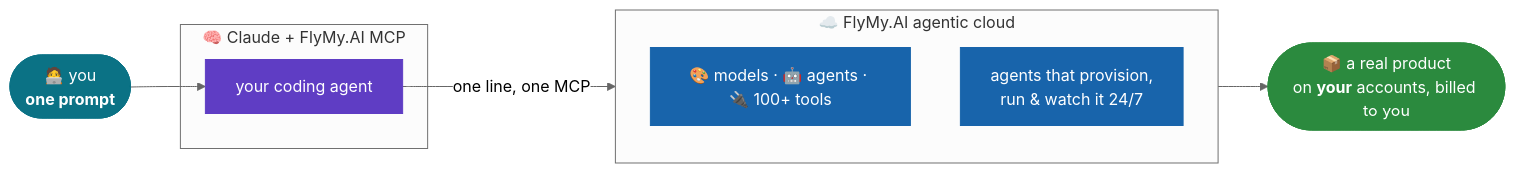
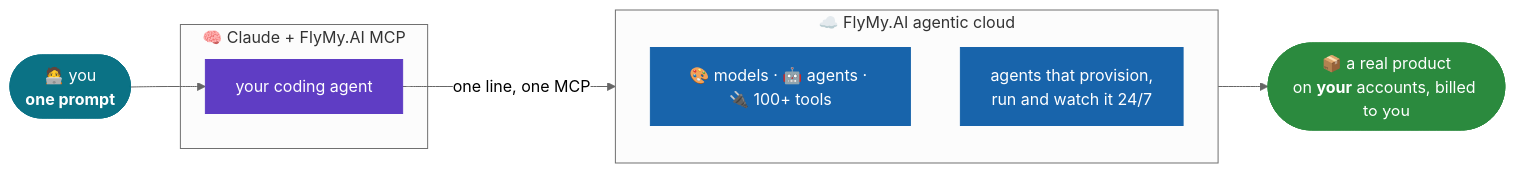
Before and after one commit to FlyMyAI/build-with-flymyai: the diagram in README.md, drawn with Mermaid (neutral theme).

Commit message:
fix mermaid: drop &amp; in cloud label

````diff
--- a/README.md
+++ b/README.md
@@ -5,20 +5,20 @@
 ```mermaid
 flowchart LR
     U(["🧑‍💻 you<br/><b>one prompt</b>"]) --> C
     subgraph BRAIN["🧠 Claude + FlyMy.AI MCP"]
         C["your coding agent"]
     end
     C -->|one line, one MCP| CLOUD
     subgraph CLOUD["☁️ FlyMy.AI agentic cloud"]
         direction TB
         M["🎨 models · 🤖 agents · 🔌 100+ tools"]
-        A["agents that provision,<br/>run &amp; watch it 24/7"]
+        A["agents that provision,<br/>run and watch it 24/7"]
     end
     CLOUD --> OUT(["📦 a real product<br/>on <b>your</b> accounts, billed to you"])
 
     classDef you fill:#0b7285,stroke:#0b7285,color:#fff;
     classDef brain fill:#5f3dc4,stroke:#5f3dc4,color:#fff;
     classDef cloud fill:#1864ab,stroke:#1864ab,color:#fff;
     classDef out fill:#2b8a3e,stroke:#2b8a3e,color:#fff;
     class U you; class C brain; class M,A cloud; class OUT out;
 ```
````
